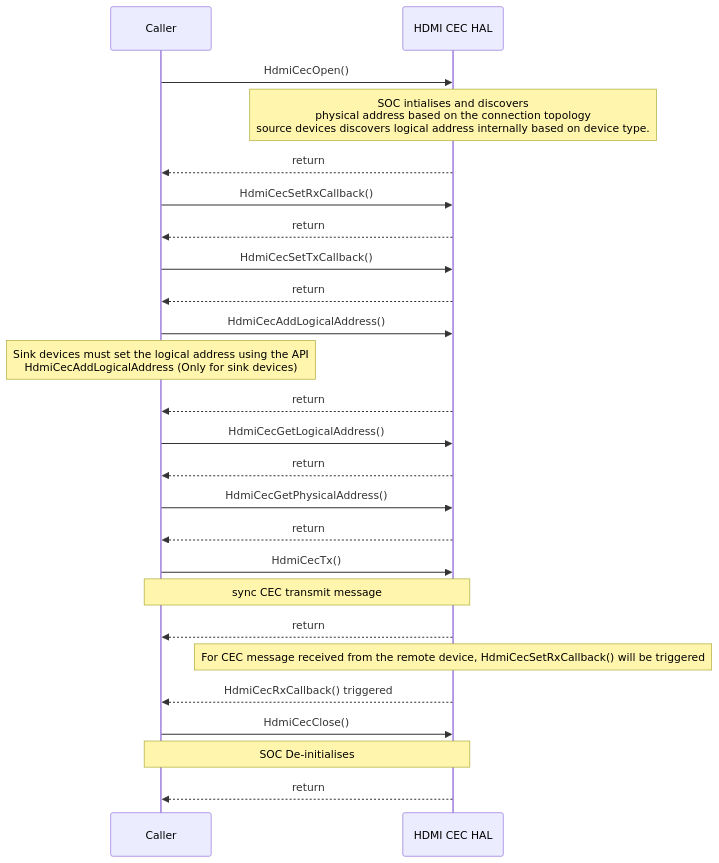
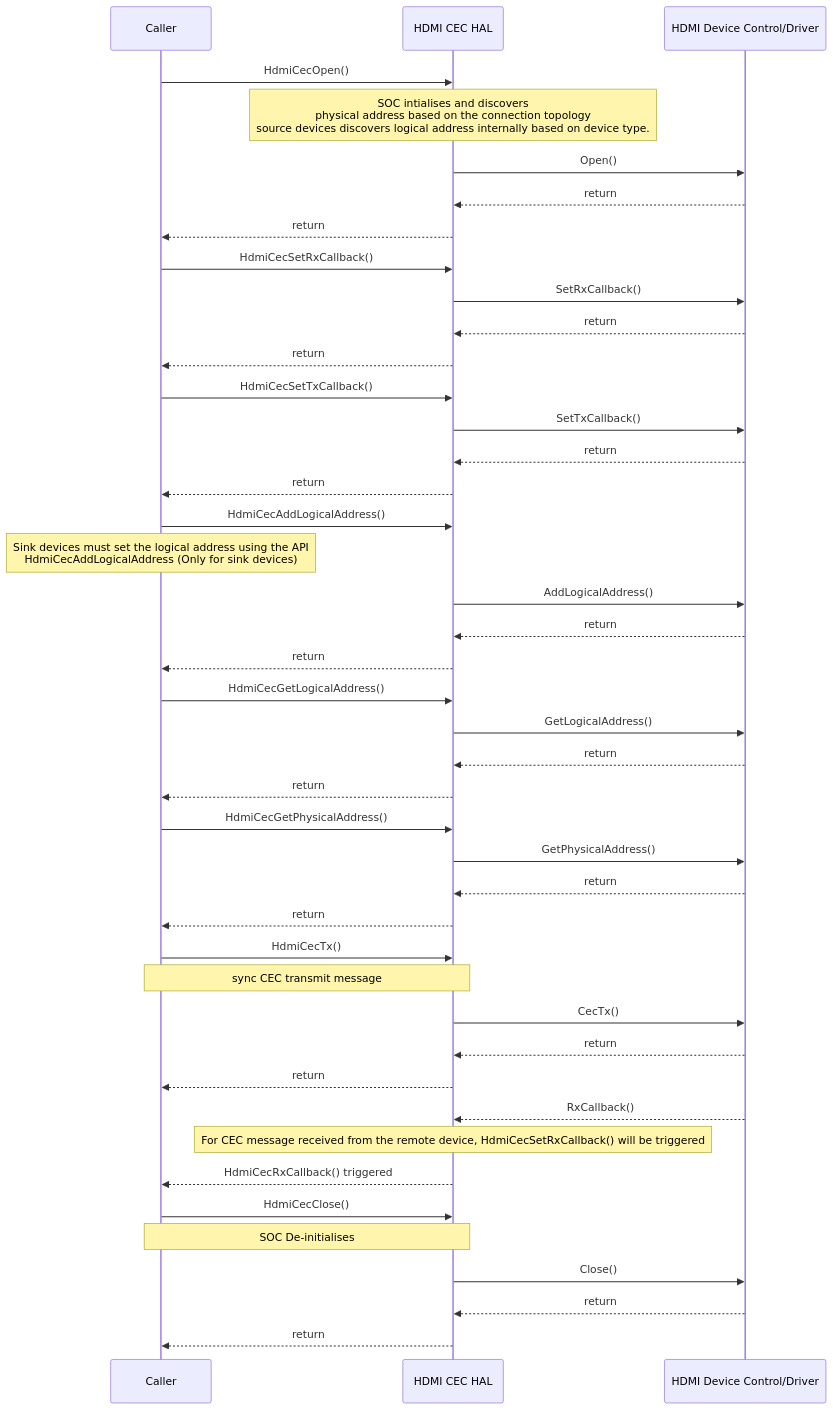
The second of 2 diagrams in docs/pages/hdmi-cec_halSpec.md (rdkcentral/rdk-halif-hdmi_cec), drawn with Mermaid before and after one commit. The commit also changed 1 other file, not shown here.

Commit message:
RDK-41512 : enum description and sequence flow updated based on the review

````diff
--- a/docs/pages/hdmi-cec_halSpec.md
+++ b/docs/pages/hdmi-cec_halSpec.md
@@ -185,28 +185,46 @@
 ```mermaid
 %%{ init : { "theme" : "default", "flowchart" : { "curve" : "stepBefore" }}}%%
    sequenceDiagram
     participant Caller as Caller
     participant HAL as HDMI CEC HAL
+    participant Driver as HDMI Device Control/Driver
     Caller->>HAL:HdmiCecOpen()
     Note over HAL: SOC intialises and discovers <br> physical address based on the connection topology <br> source devices discovers logical address internally  based on device type.
+    HAL->>Driver:Open()
+    Driver-->>HAL:return
     HAL-->>Caller:return
     Caller->>HAL:HdmiCecSetRxCallback()
+    HAL->>Driver:SetRxCallback()
+    Driver-->>HAL:return
     HAL-->>Caller:return
     Caller->>HAL:HdmiCecSetTxCallback()
+    HAL->>Driver:SetTxCallback()
+    Driver-->>HAL:return
     HAL-->>Caller:return
     Caller ->>HAL:HdmiCecAddLogicalAddress()
     Note over Caller: Sink devices must set the logical address using the API <br> HdmiCecAddLogicalAddress (Only for sink devices)
+    HAL->>Driver:AddLogicalAddress()
+    Driver-->>HAL:return
     HAL-->>Caller:return
     Caller ->>HAL:HdmiCecGetLogicalAddress()
+    HAL->>Driver:GetLogicalAddress()
+    Driver-->>HAL:return
     HAL-->>Caller:return
     Caller ->>HAL:HdmiCecGetPhysicalAddress()
+    HAL->>Driver:GetPhysicalAddress()
+    Driver-->>HAL:return
     HAL-->>Caller:return
     Caller ->>HAL:HdmiCecTx()
     Note over Caller,HAL: sync CEC transmit message
+    HAL->>Driver:CecTx()
+    Driver-->>HAL:return
     HAL-->>Caller:return
+    Driver-->>HAL:RxCallback()
     Note over HAL: For CEC message received from the remote device, HdmiCecSetRxCallback() will be triggered
     HAL-->>Caller:HdmiCecRxCallback() triggered
     Caller ->>HAL:HdmiCecClose()
     Note over Caller,HAL: SOC De-initialises 
+    HAL->>Driver:Close()
+    Driver-->>HAL:return
     HAL-->>Caller:return
  ```
````
